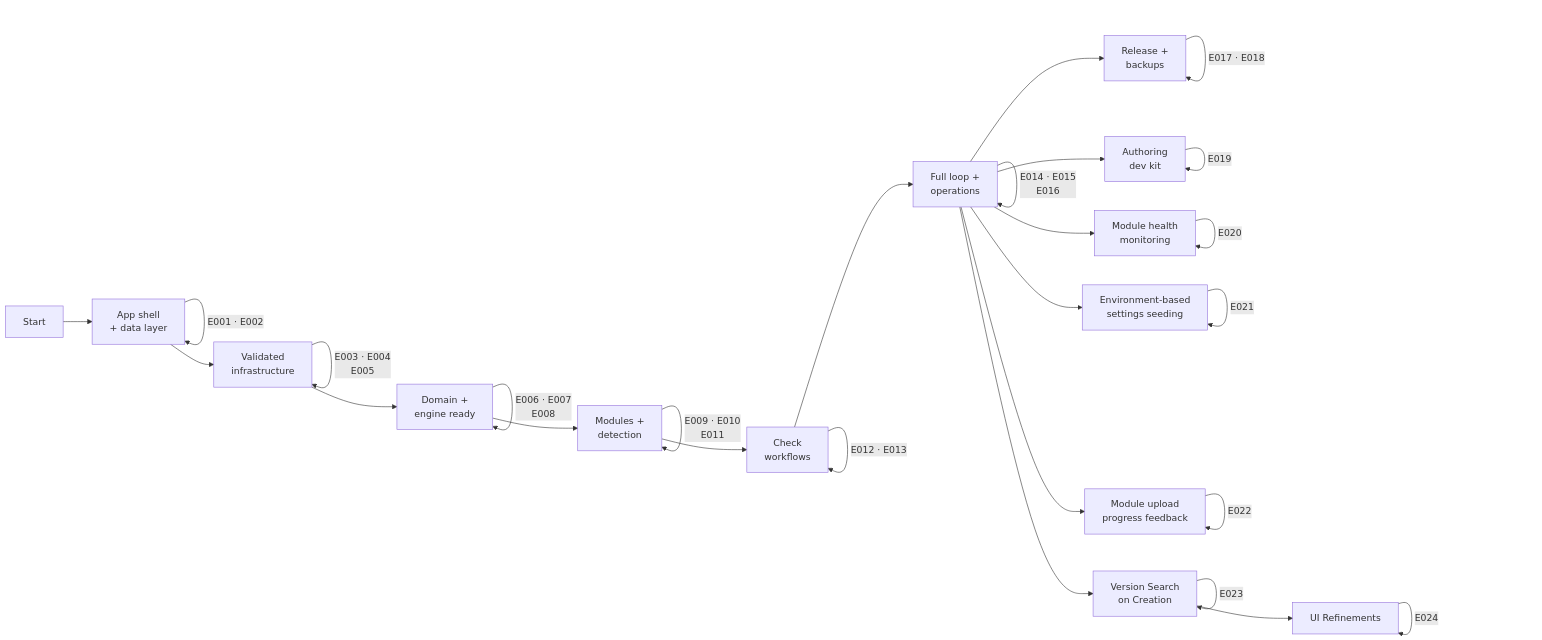
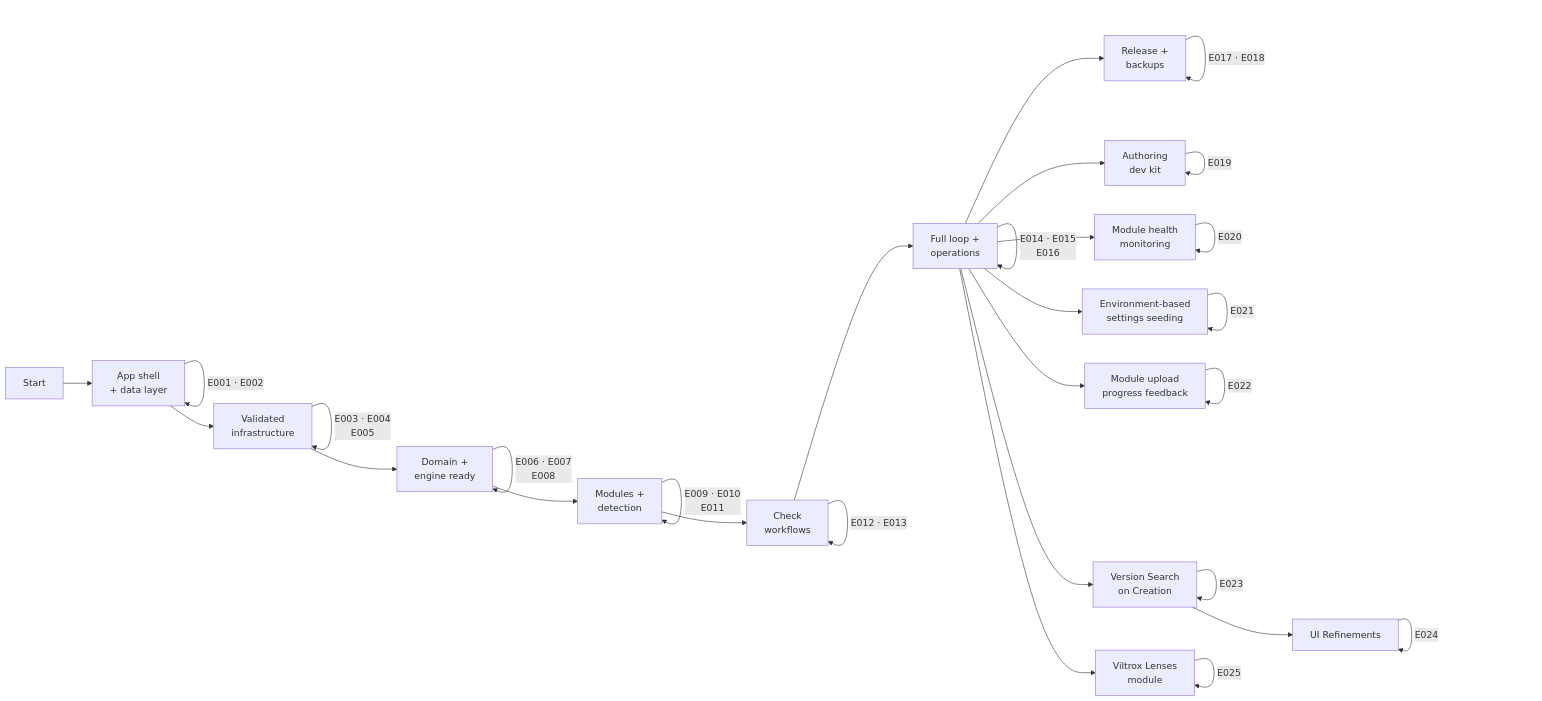
Before and after one commit to attilaszasz/Binocular: the diagram in specs/project-plan.md, drawn with Mermaid. The commit also changed other lines of this file and 2 other files, not shown here.

````diff
--- a/specs/project-plan.md
+++ b/specs/project-plan.md
@@ -110,40 +116,43 @@
 ```mermaid
 graph LR
     START["Start"] --> M1["App shell<br>+ data layer"]
     M1 -->|"E001 · E002"| M1
 
     M1 --> M2["Validated<br>infrastructure"]
     M2 -->|"E003 · E004<br>E005"| M2
 
     M2 --> M3["Domain +<br>engine ready"]
     M3 -->|"E006 · E007<br>E008"| M3
 
     M3 --> M4["Modules +<br>detection"]
     M4 -->|"E009 · E010<br>E011"| M4
 
     M4 --> M5["Check<br>workflows"]
     M5 -->|"E012 · E013"| M5
 
     M5 --> M6["Full loop +<br>operations"]
     M6 -->|"E014 · E015<br>E016"| M6
 
     M6 --> M7["Release +<br>backups"]
     M7 -->|"E017 · E018"| M7
 
     M6 --> M8["Authoring<br>dev kit"]
     M8 -->|"E019"| M8
 
     M6 --> M9["Module health<br>monitoring"]
     M9 -->|"E020"| M9
 
     M6 --> M10["Environment-based<br>settings seeding"]
     M10 -->|"E021"| M10
 
     M6 --> M11["Module upload<br>progress feedback"]
     M11 -->|"E022"| M11
 
     M6 --> M12["Version Search<br>on Creation"]
     M12 -->|"E023"| M12
     M12 --> M13["UI Refinements"]
     M13 -->|"E024"| M13
+
+    M6 --> M14["Viltrox Lenses<br>module"]
+    M14 -->|"E025"| M14
 ```
````
